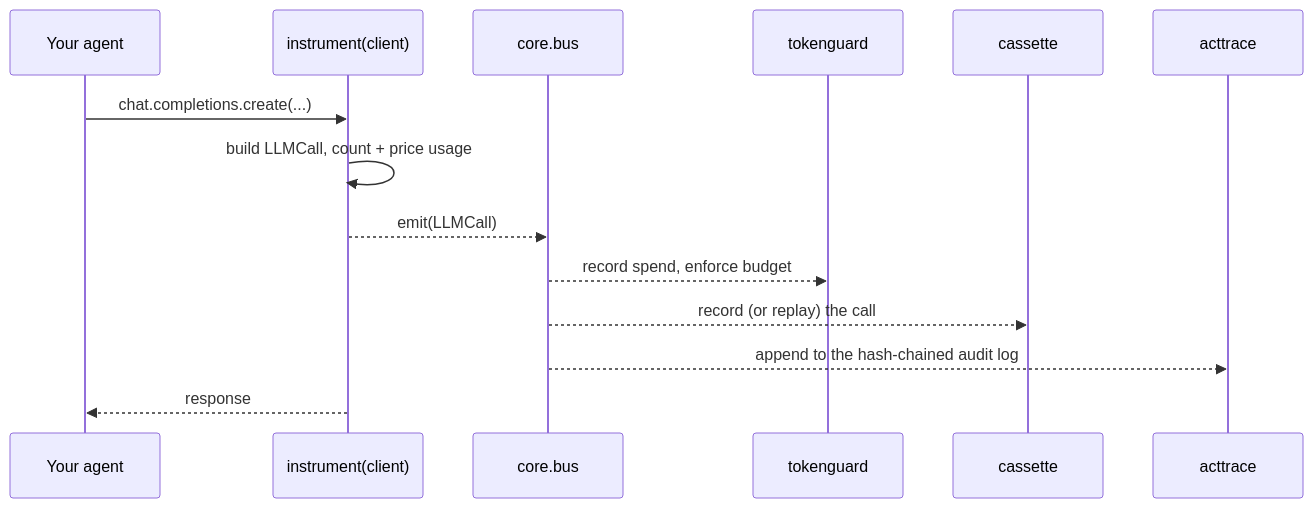
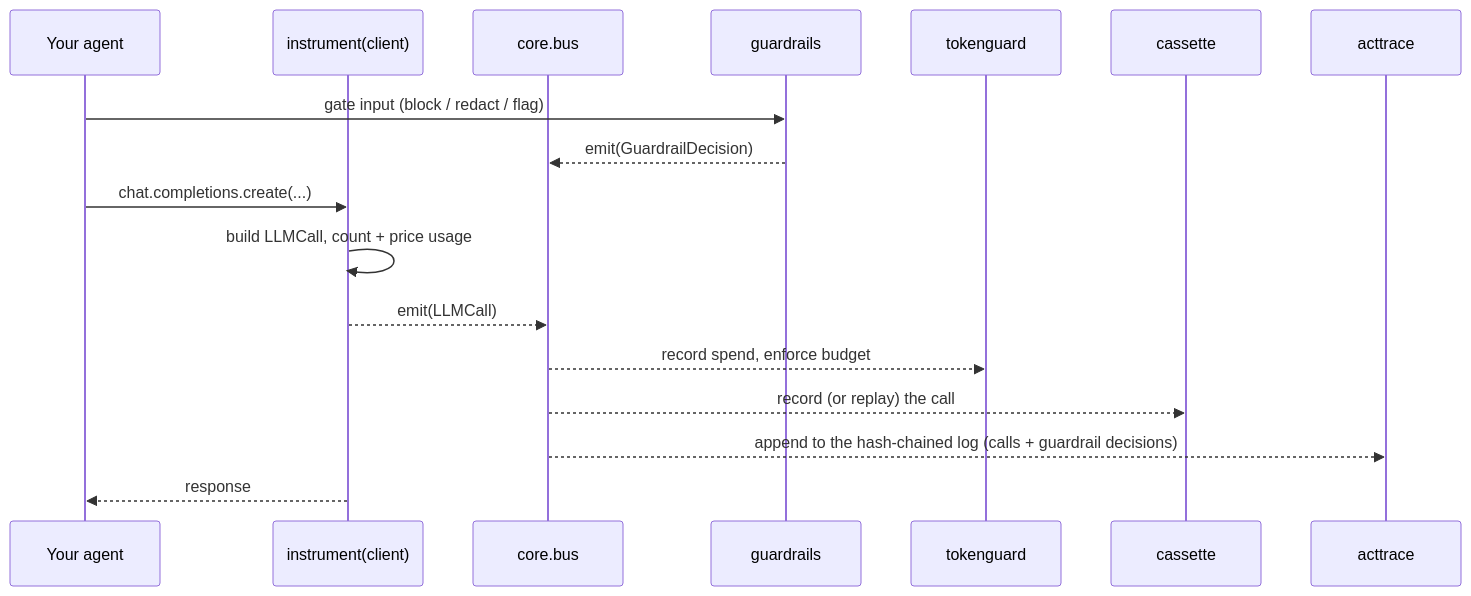
One commit to cendorhq/cendor-libs changed the second of 3 diagrams in docs/architecture.md. Above: the diagram before and after it, drawn with Mermaid. The commit also changed other lines of this file and 11 other files, not shown here.

````diff
--- a/docs/architecture.md
+++ b/docs/architecture.md
@@ -76,16 +105,19 @@
 ```mermaid
 sequenceDiagram
     participant App as Your agent
     participant C as instrument(client)
     participant Bus as core.bus
+    participant GR as guardrails
     participant TG as tokenguard
     participant CS as cassette
     participant AT as acttrace
+    App->>GR: gate input (block / redact / flag)
+    GR-->>Bus: emit(GuardrailDecision)
     App->>C: chat.completions.create(...)
     C->>C: build LLMCall, count + price usage
     C-->>Bus: emit(LLMCall)
     Bus-->>TG: record spend, enforce budget
     Bus-->>CS: record (or replay) the call
-    Bus-->>AT: append to the hash-chained audit log
+    Bus-->>AT: append to the hash-chained log (calls + guardrail decisions)
     C-->>App: response
 ```
````
